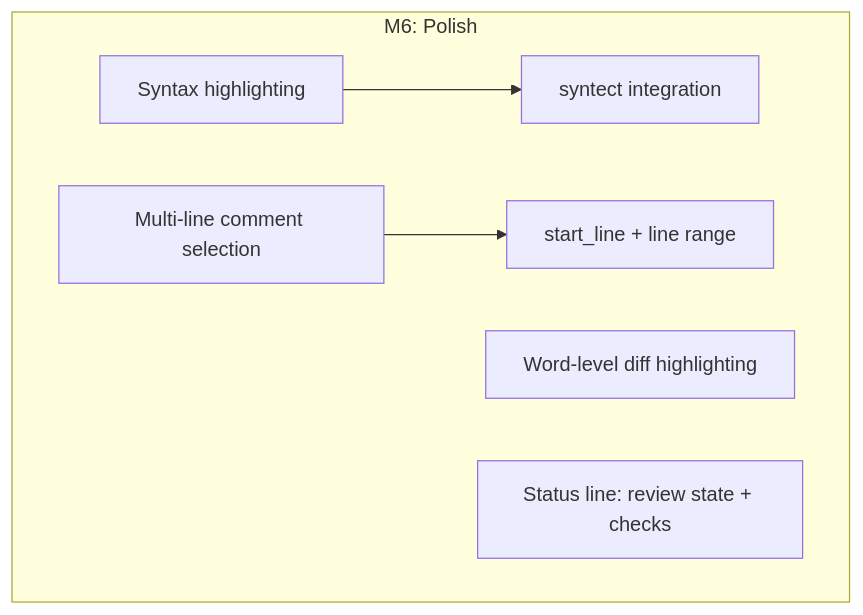
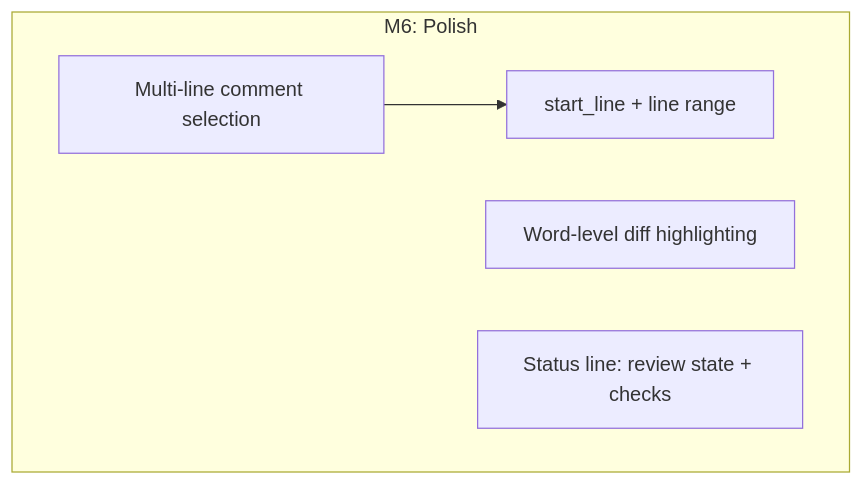
The seventh of 9 diagrams in docs/ROADMAP.md (Neville-Loh/gh-review), drawn with Mermaid before and after one commit. The commit also changed other lines of this file, not shown here.

First line of the commit message:
update roadmap again

````diff
--- a/docs/ROADMAP.md
+++ b/docs/ROADMAP.md
@@ -224,9 +221,8 @@
 ```mermaid
 graph TD
     subgraph m6 [M6: Polish]
-        C1[Syntax highlighting] --> C2["syntect integration"]
         C3[Multi-line comment selection] --> C4["start_line + line range"]
         C7[Word-level diff highlighting]
         C9[Status line: review state + checks]
     end
 ```
````
